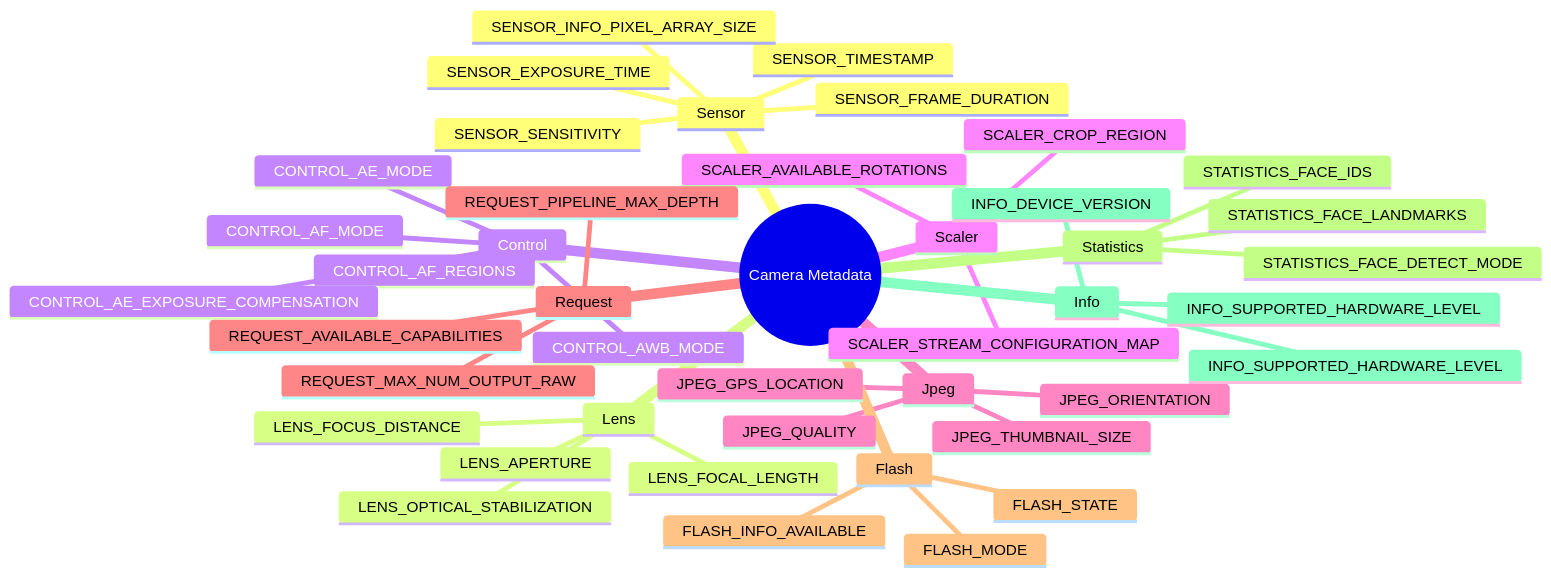
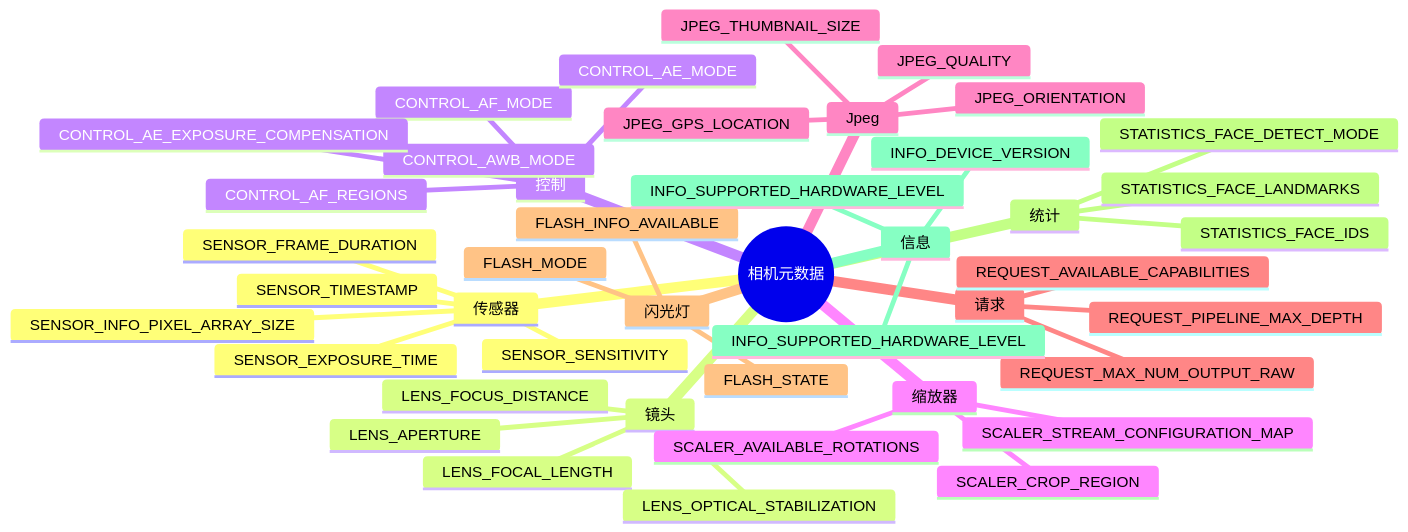
The third of 3 diagrams in website/i18n/zh-Hans/docusaurus-plugin-content-docs/current/camera2/cameracharacteristics-deep-dive.md (zoozooll/AndroidCameraParameters), drawn with Mermaid before and after one commit. The commit also changed other lines of this file and 378 other files, not shown here.

````diff
--- a/website/i18n/zh-Hans/docusaurus-plugin-content-docs/current/camera2/cameracharacteristics-deep-dive.md
+++ b/website/i18n/zh-Hans/docusaurus-plugin-content-docs/current/camera2/cameracharacteristics-deep-dive.md
@@ -294,46 +294,46 @@
 ```mermaid
 mindmap
-  root((Camera Metadata))
-    Sensor
+  root((相机元数据))
+    传感器
       SENSOR_EXPOSURE_TIME
       SENSOR_SENSITIVITY
       SENSOR_FRAME_DURATION
       SENSOR_TIMESTAMP
       SENSOR_INFO_PIXEL_ARRAY_SIZE
-    Lens
+    镜头
       LENS_FOCUS_DISTANCE
       LENS_APERTURE
       LENS_FOCAL_LENGTH
       LENS_OPTICAL_STABILIZATION
-    Control
+    控制
       CONTROL_AF_MODE
       CONTROL_AE_MODE
       CONTROL_AWB_MODE
       CONTROL_AF_REGIONS
       CONTROL_AE_EXPOSURE_COMPENSATION
-    Scaler
+    缩放器
       SCALER_CROP_REGION
       SCALER_STREAM_CONFIGURATION_MAP
       SCALER_AVAILABLE_ROTATIONS
     Jpeg
       JPEG_QUALITY
       JPEG_ORIENTATION
       JPEG_GPS_LOCATION
       JPEG_THUMBNAIL_SIZE
-    Request
+    请求
       REQUEST_AVAILABLE_CAPABILITIES
       REQUEST_PIPELINE_MAX_DEPTH
       REQUEST_MAX_NUM_OUTPUT_RAW
-    Flash
+    闪光灯
       FLASH_INFO_AVAILABLE
       FLASH_MODE
       FLASH_STATE
-    Statistics
+    统计
       STATISTICS_FACE_DETECT_MODE
       STATISTICS_FACE_IDS
       STATISTICS_FACE_LANDMARKS
-    Info
+    信息
       INFO_SUPPORTED_HARDWARE_LEVEL
       INFO_DEVICE_VERSION
       INFO_SUPPORTED_HARDWARE_LEVEL
 ```
````
